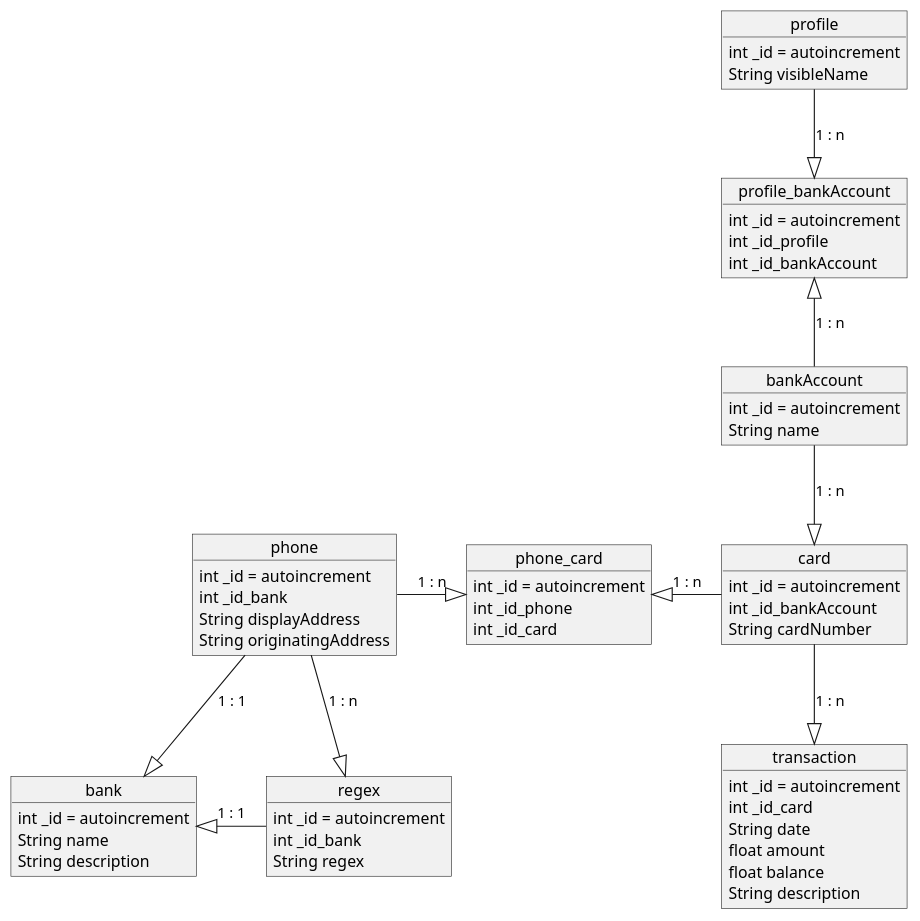
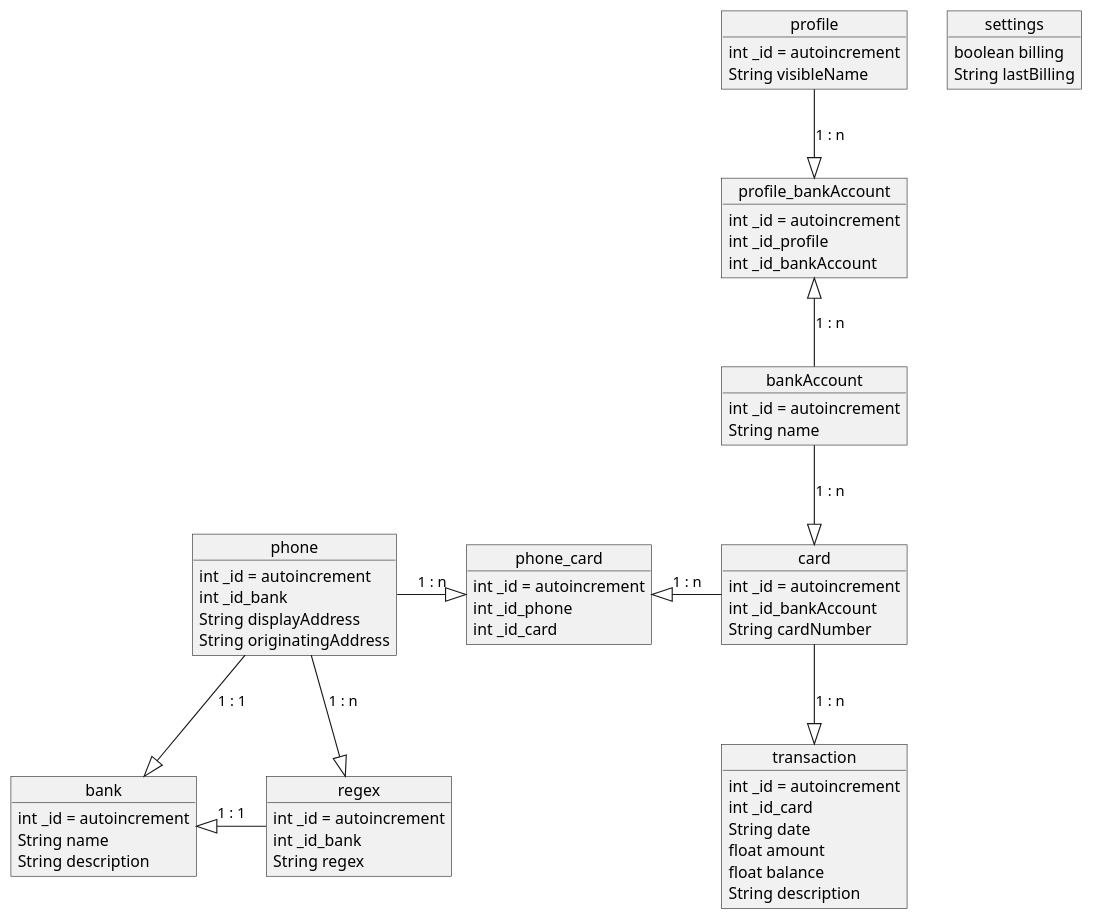
Before and after one commit to GugleGH/sms-bank-listener: the diagram in SmsBankListener/UML/DB_v2.puml, drawn with PlantUML. The commit also changed 16 other files, not shown here.

```diff
--- a/SmsBankListener/UML/DB_v2.puml
+++ b/SmsBankListener/UML/DB_v2.puml
@@ -1,69 +1,74 @@
 @startuml
 
 object profile {
     int _id = autoincrement
     String visibleName
 }
 object bankAccount {
     int _id = autoincrement
     String name
 }
 object profile_bankAccount {
     int _id = autoincrement
     int _id_profile
     int _id_bankAccount
 }
 
 object phone {
     int _id = autoincrement
     int _id_bank
     String displayAddress
     String originatingAddress
 }
 object card {
     int _id = autoincrement
     int _id_bankAccount
     String cardNumber
 }
 object phone_card {
     int _id = autoincrement
     int _id_phone
     int _id_card
 }
 
 object transaction {
     int _id = autoincrement
     int _id_card
     String date
     float amount
     float balance
     String description
 }
 
 object bank {
     int _id = autoincrement
     String name
     String description
 }
 object regex {
     int _id = autoincrement
     int _id_bank
     String regex
 }
 
 
 
 profile --|> profile_bankAccount : 1 : n
 bankAccount -up-|> profile_bankAccount : 1 : n
 bankAccount --|> card : 1 : n
 
 phone -right-|> phone_card : 1 : n
 card -left-|> phone_card : 1 : n
 
 card --|> transaction : 1 : n
 
 phone -down-|> regex : 1 : n
 phone --|> bank : 1 : 1
 regex -left-|> bank : 1 : 1
 
+object settings {
+    boolean billing
+    String lastBilling
+}
+
 @enduml
```
